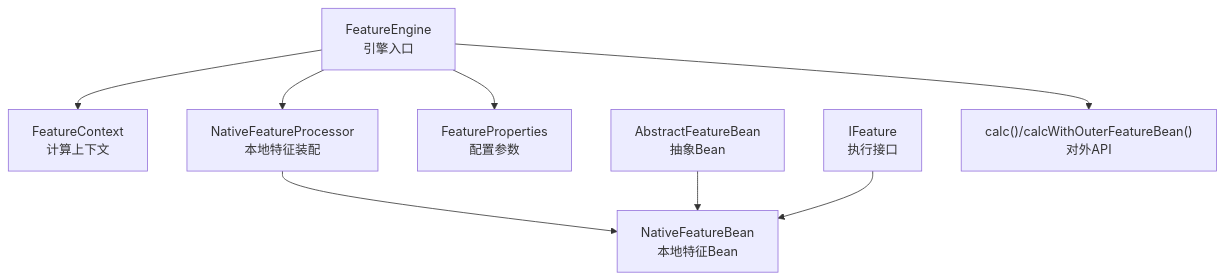
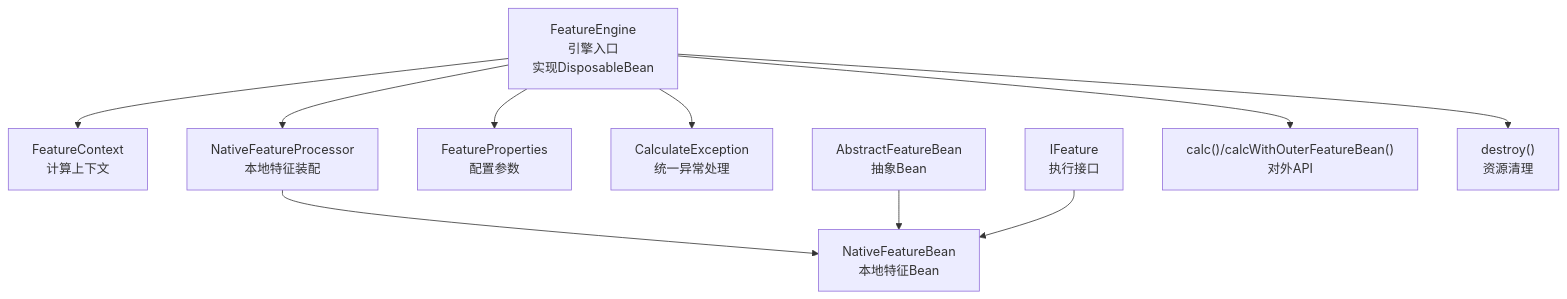
Before and after one commit to txzhanghuan/feature: the first of 4 diagrams in .qoder/repowiki/zh/content/API参考/FeatureEngine核心API.md, drawn with Mermaid. The commit also changed other lines of this file and 13 other files, not shown here.

````diff
--- a/.qoder/repowiki/zh/content/API参考/FeatureEngine核心API.md
+++ b/.qoder/repowiki/zh/content/API参考/FeatureEngine核心API.md
@@ -43,10 +54,12 @@
 ```mermaid
 graph TB
-FE["FeatureEngine<br/>引擎入口"] --> FC["FeatureContext<br/>计算上下文"]
+FE["FeatureEngine<br/>引擎入口<br/>实现DisposableBean"] --> FC["FeatureContext<br/>计算上下文"]
 FE --> NFP["NativeFeatureProcessor<br/>本地特征装配"]
 FE --> FP["FeatureProperties<br/>配置参数"]
+FE --> CE["CalculateException<br/>统一异常处理"]
 NFP --> NFB["NativeFeatureBean<br/>本地特征Bean"]
 AFB["AbstractFeatureBean<br/>抽象Bean"] --> NFB
 IF["IFeature<br/>执行接口"] --> NFB
 FE --> FE2["calc()/calcWithOuterFeatureBean()<br/>对外API"]
+FE --> DC["destroy()<br/>资源清理"]
 ```
````
